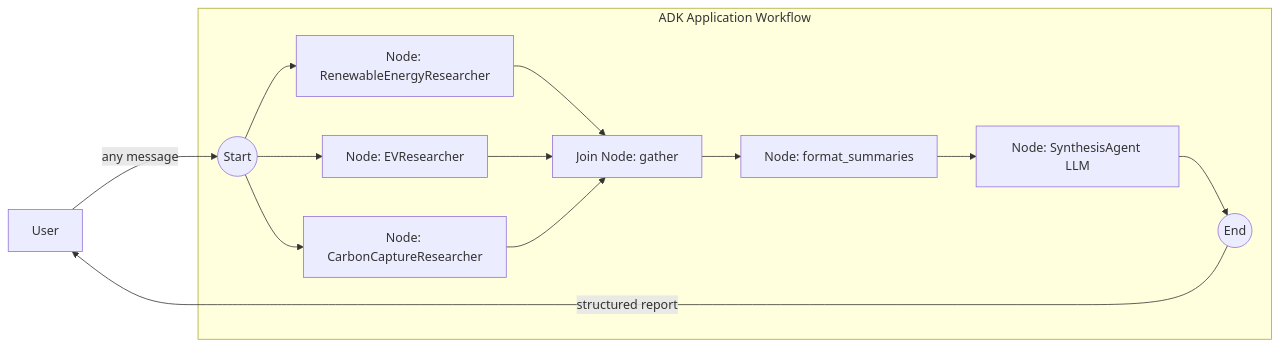
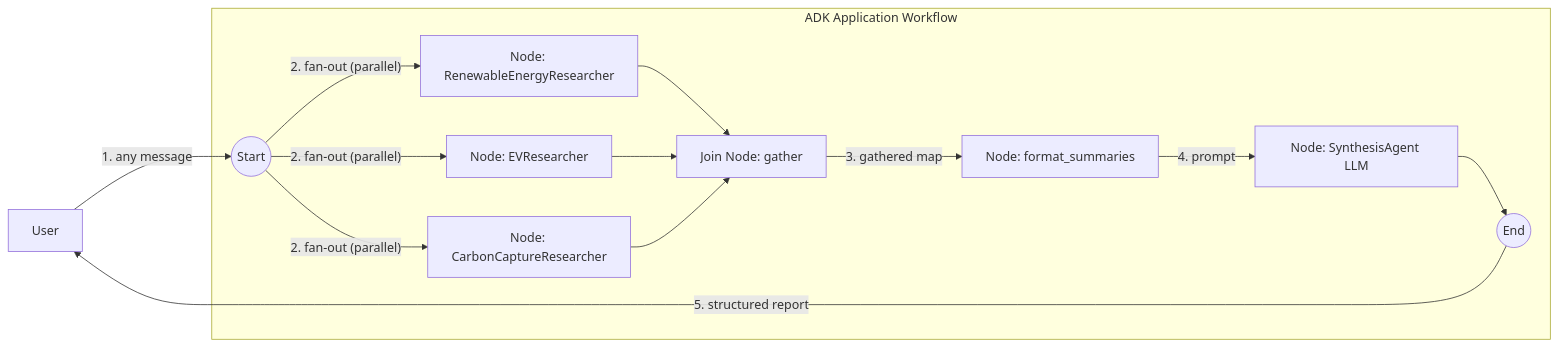
Before and after one commit to google/adk-go: the diagram in examples/workflow/complex/README.md, drawn with Mermaid. The commit also changed 8 other files, not shown here.

First line of the commit message:
docs(examples/workflow): number diagram edges to show flow order (review feedback)

````diff
--- a/examples/workflow/complex/README.md
+++ b/examples/workflow/complex/README.md
@@ -22,18 +22,18 @@
 ```mermaid
 graph LR
     User[User]
     subgraph "ADK Application Workflow"
         Start((Start))
-        Start --> R1[Node: RenewableEnergyResearcher]
-        Start --> R2[Node: EVResearcher]
-        Start --> R3[Node: CarbonCaptureResearcher]
+        Start -->|"2. fan-out (parallel)"| R1[Node: RenewableEnergyResearcher]
+        Start -->|"2. fan-out (parallel)"| R2[Node: EVResearcher]
+        Start -->|"2. fan-out (parallel)"| R3[Node: CarbonCaptureResearcher]
         R1 --> J[Join Node: gather]
         R2 --> J
         R3 --> J
-        J --> F[Node: format_summaries]
-        F --> S[Node: SynthesisAgent LLM]
+        J -->|"3. gathered map"| F[Node: format_summaries]
+        F -->|"4. prompt"| S[Node: SynthesisAgent LLM]
         S --> End((End))
     end
-    User -- "any message" --> Start
-    End -- "structured report" --> User
+    User -- "1. any message" --> Start
+    End -- "5. structured report" --> User
 ```
````
